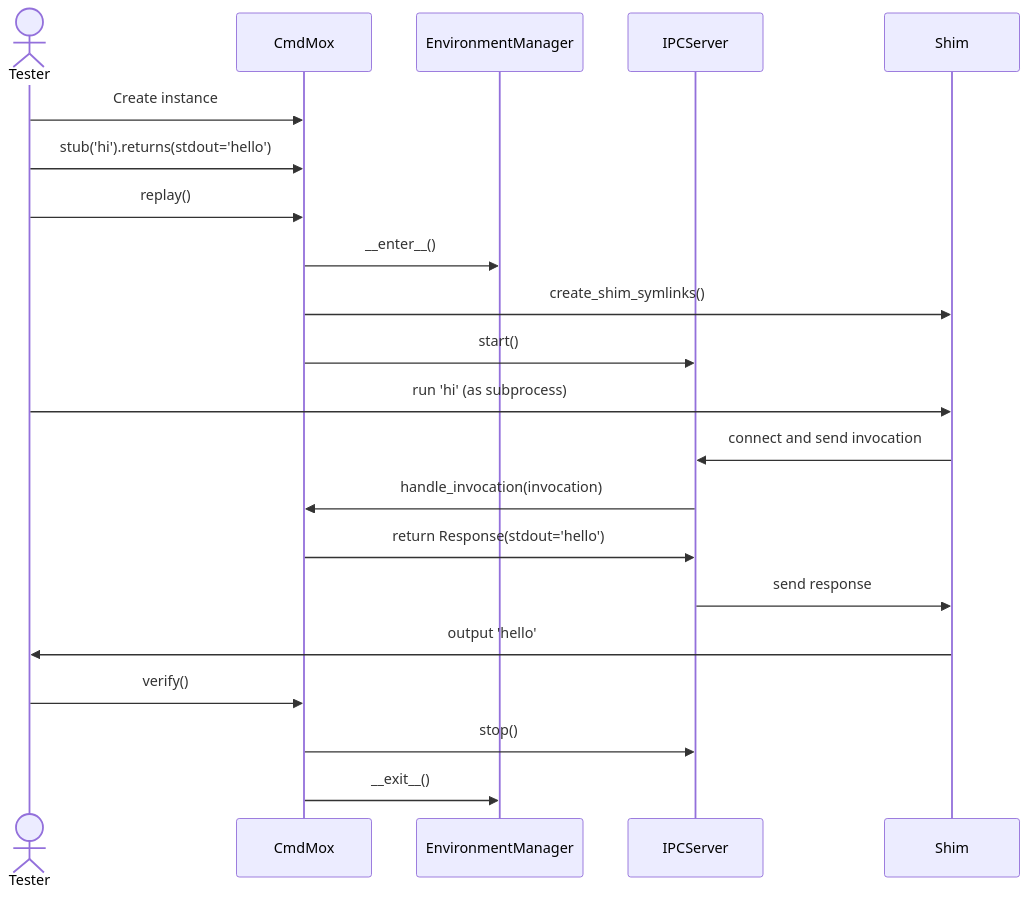
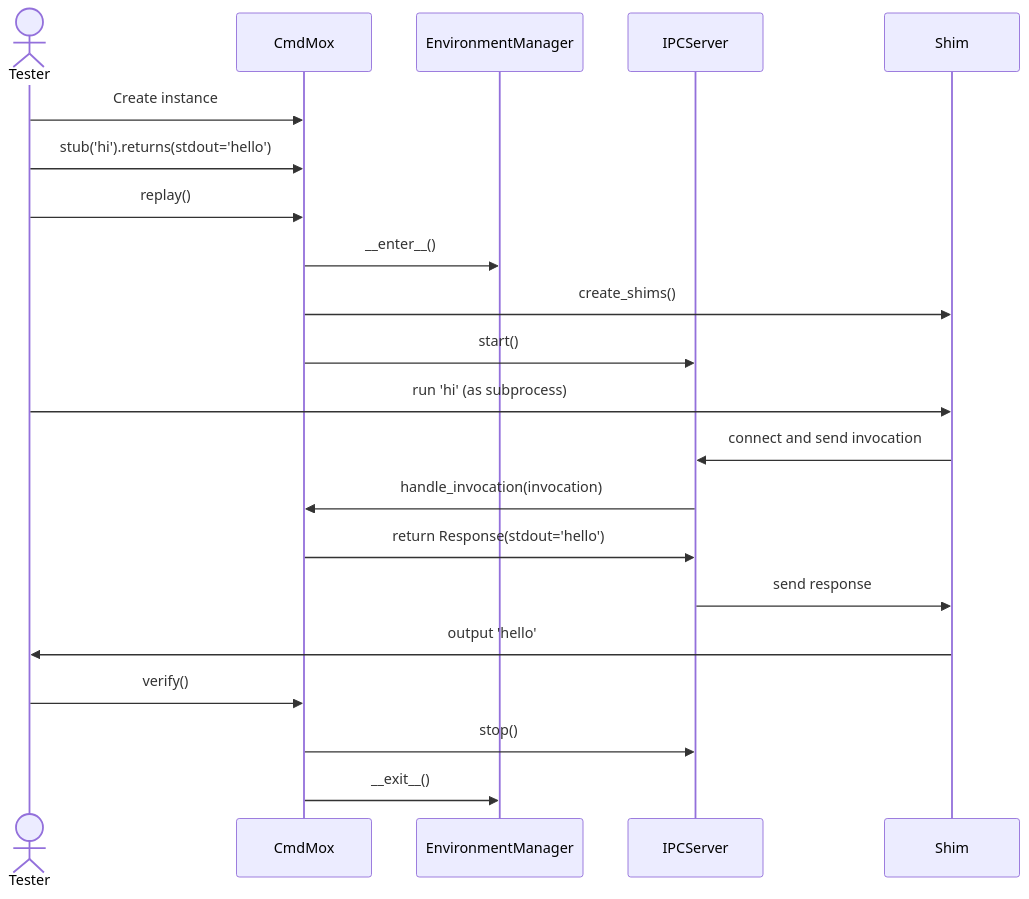
Before and after one commit to leynos/cmd-mox: diagram 16 of 31 in docs/python-native-command-mocking-design.md, drawn with Mermaid. The commit also changed other lines of this file and 11 other files, not shown here.

````diff
--- a/docs/python-native-command-mocking-design.md
+++ b/docs/python-native-command-mocking-design.md
@@ -1907,24 +1907,24 @@
 ```mermaid
 sequenceDiagram
     actor Tester
     participant CmdMox
     participant EnvironmentManager
     participant IPCServer
     participant Shim
 
     Tester->>CmdMox: Create instance
     Tester->>CmdMox: stub('hi').returns(stdout='hello')
     Tester->>CmdMox: replay()
     CmdMox->>EnvironmentManager: __enter__()
-    CmdMox->>Shim: create_shim_symlinks()
+    CmdMox->>Shim: create_shims()
     CmdMox->>IPCServer: start()
     Tester->>Shim: run 'hi' (as subprocess)
     Shim->>IPCServer: connect and send invocation
     IPCServer->>CmdMox: handle_invocation(invocation)
     CmdMox->>IPCServer: return Response(stdout='hello')
     IPCServer->>Shim: send response
     Shim->>Tester: output 'hello'
     Tester->>CmdMox: verify()
     CmdMox->>IPCServer: stop()
     CmdMox->>EnvironmentManager: __exit__()
 ```
````
